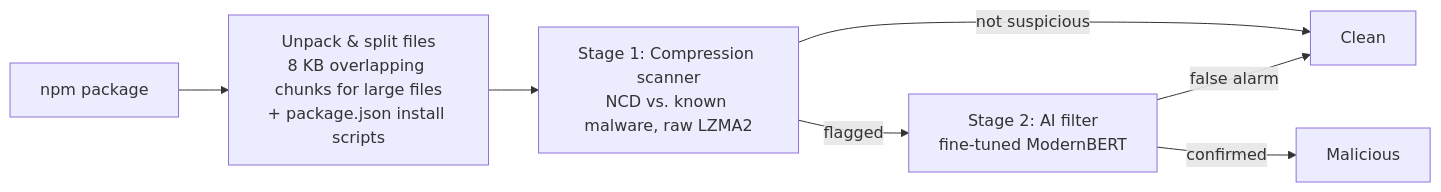
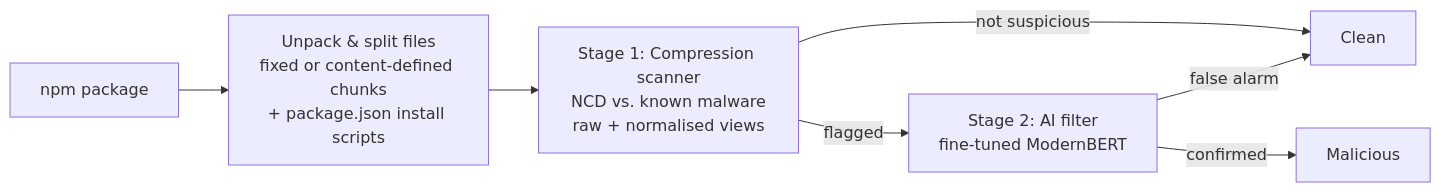
Before and after one commit to asembarhoush-dotcom/PackGuard: the diagram in README.md, drawn with Mermaid. The commit also changed other lines of this file and 26 other files, not shown here.

Commit message:
Add v4 normalised view, content-defined chunking and mangling benchmark

````diff
--- a/README.md
+++ b/README.md
@@ -22,9 +22,9 @@
 ```mermaid
 flowchart LR
-    A[npm package] --> B[Unpack & split files<br/>8 KB overlapping chunks for large files<br/>+ package.json install scripts]
-    B --> C[Stage 1: Compression scanner<br/>NCD vs. known malware, raw LZMA2]
+    A[npm package] --> B[Unpack & split files<br/>fixed or content-defined chunks<br/>+ package.json install scripts]
+    B --> C[Stage 1: Compression scanner<br/>NCD vs. known malware<br/>raw + normalised views]
     C -->|not suspicious| D[Clean]
     C -->|flagged| E[Stage 2: AI filter<br/>fine-tuned ModernBERT]
     E -->|false alarm| D
     E -->|confirmed| F[Malicious]
 ```
````
